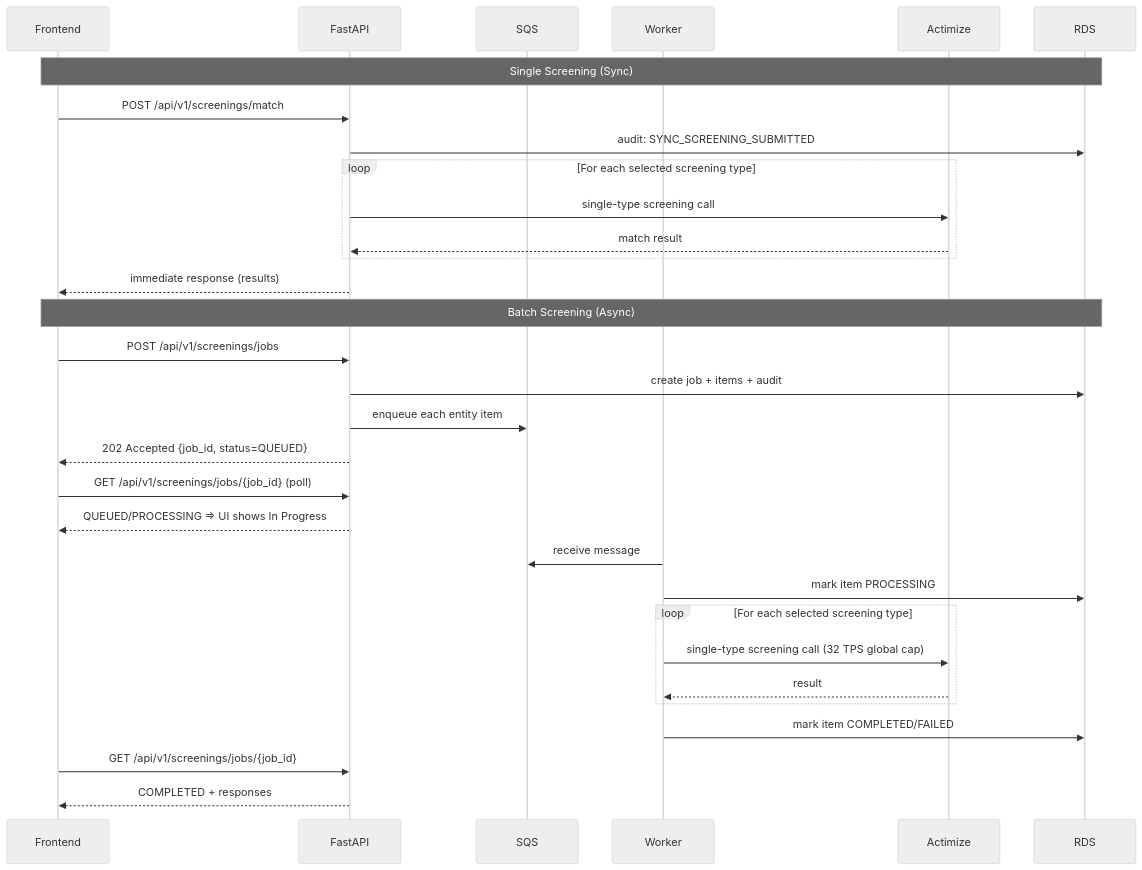
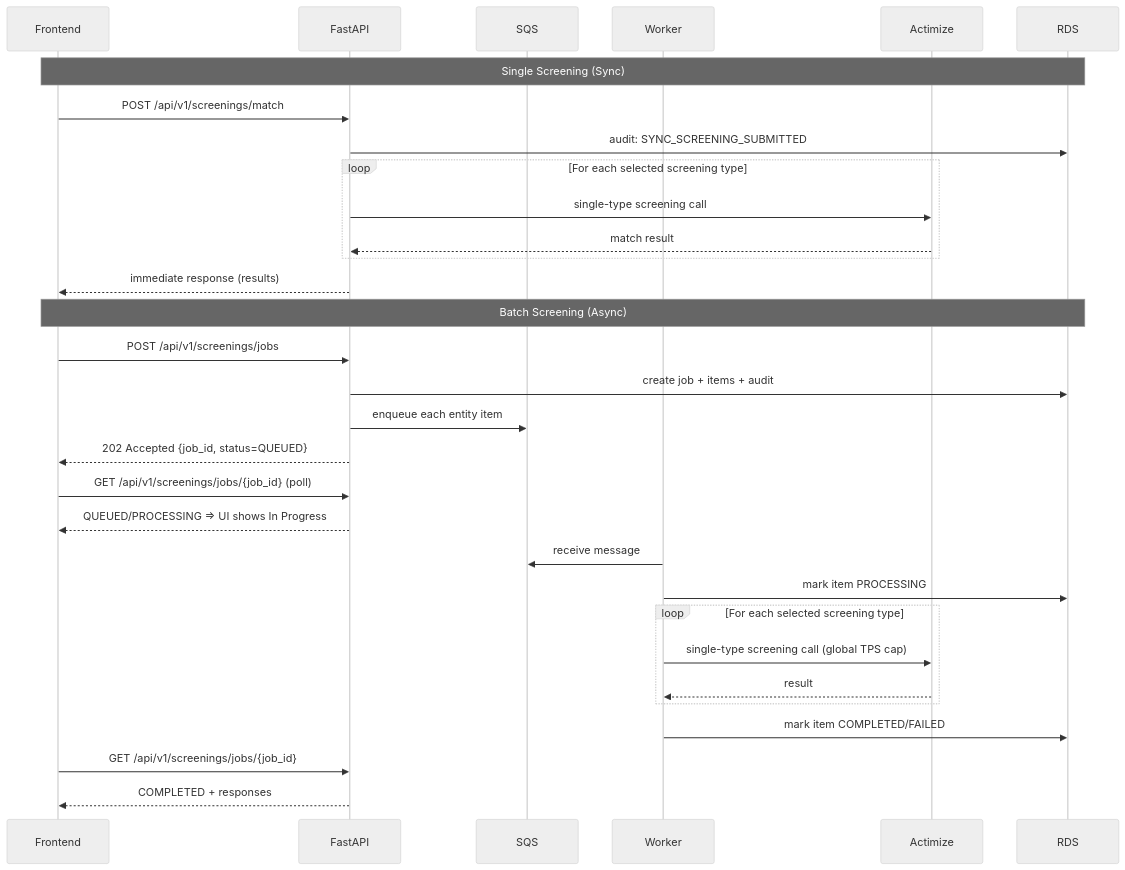
Before and after one commit to jankibhavsar84-sketch/Ofac-screening-AWS: the second of 3 diagrams in README.md, drawn with Mermaid (neutral theme). The commit also changed other lines of this file and 5 other files, not shown here.

````diff
--- a/README.md
+++ b/README.md
@@ -47,36 +47,36 @@
 ```mermaid
 sequenceDiagram
   participant UI as Frontend
   participant API as FastAPI
   participant SQ as SQS
   participant WK as Worker
   participant AX as Actimize
   participant DB as RDS
 
   Note over UI,DB: Single Screening (Sync)
   UI->>API: POST /api/v1/screenings/match
   API->>DB: audit: SYNC_SCREENING_SUBMITTED
   loop For each selected screening type
     API->>AX: single-type screening call
     AX-->>API: match result
   end
   API-->>UI: immediate response (results)
 
   Note over UI,DB: Batch Screening (Async)
   UI->>API: POST /api/v1/screenings/jobs
   API->>DB: create job + items + audit
   API->>SQ: enqueue each entity item
   API-->>UI: 202 Accepted {job_id, status=QUEUED}
   UI->>API: GET /api/v1/screenings/jobs/{job_id} (poll)
   API-->>UI: QUEUED/PROCESSING => UI shows In Progress
 
   WK->>SQ: receive message
   WK->>DB: mark item PROCESSING
   loop For each selected screening type
-    WK->>AX: single-type screening call (32 TPS global cap)
+    WK->>AX: single-type screening call (global TPS cap)
     AX-->>WK: result
   end
   WK->>DB: mark item COMPLETED/FAILED
   UI->>API: GET /api/v1/screenings/jobs/{job_id}
   API-->>UI: COMPLETED + responses
 ```
````
